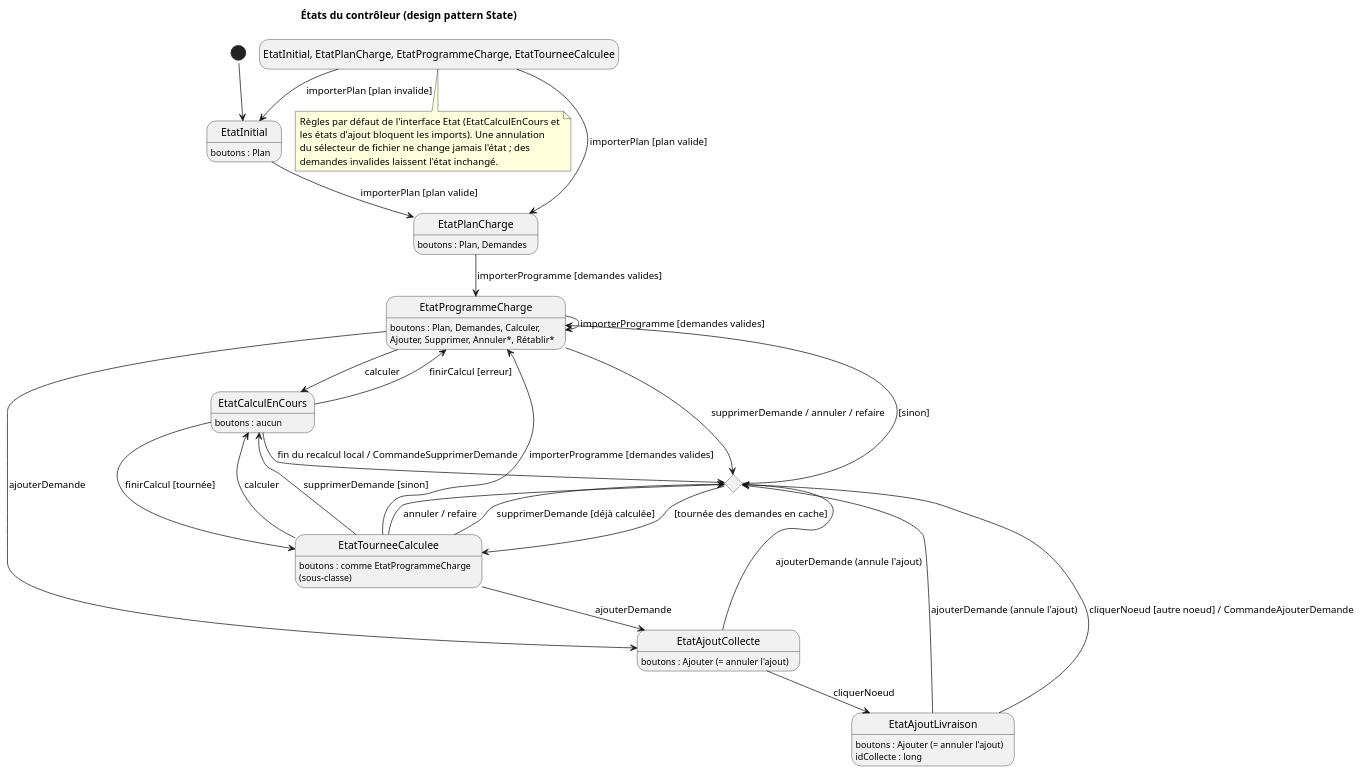
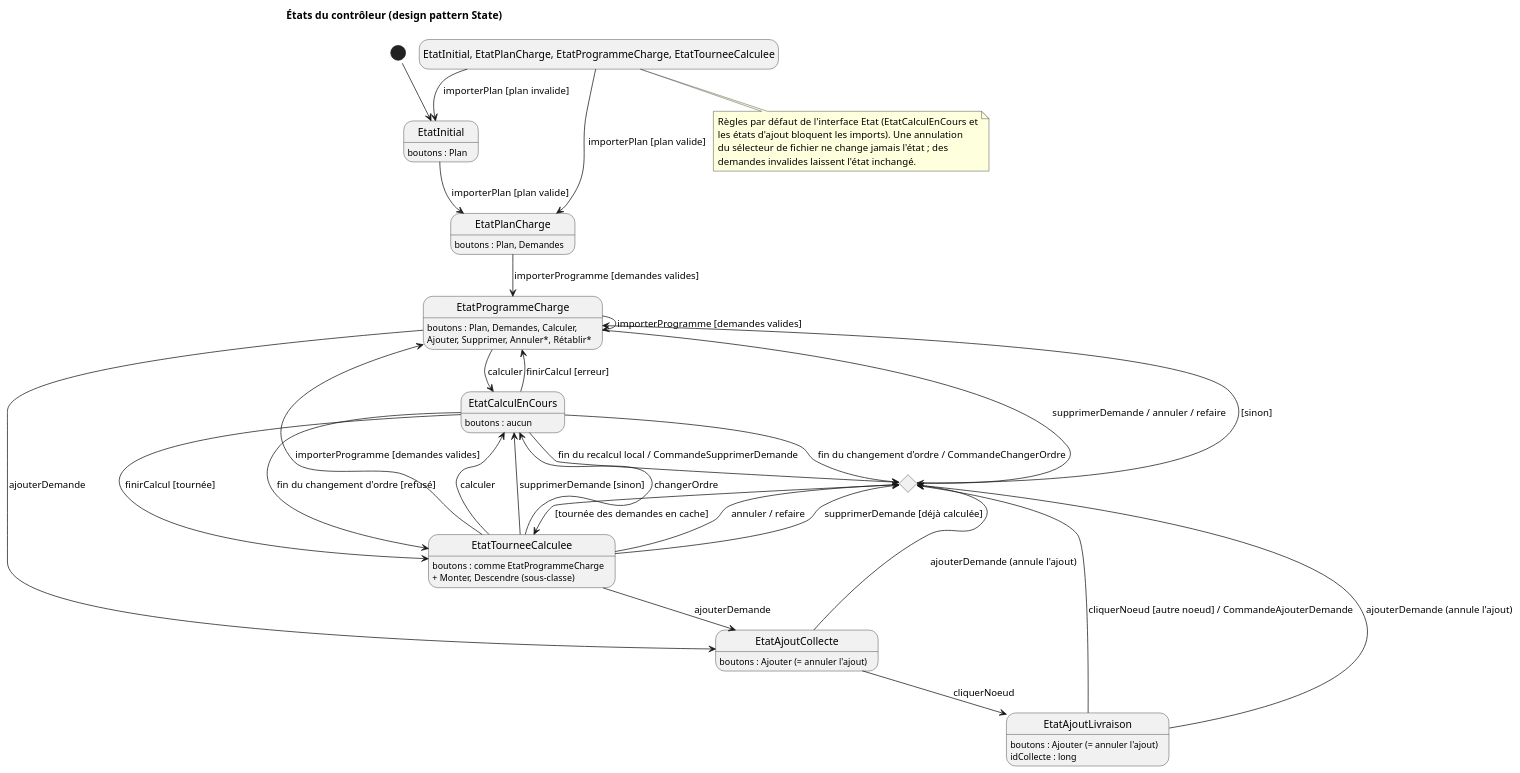
Before and after one commit to tristanhp/Optimod-Lyon: the diagram in docs/diagrams/etats-controleur.puml, drawn with PlantUML. The commit also changed 13 other files, not shown here.

```diff
--- a/docs/diagrams/etats-controleur.puml
+++ b/docs/diagrams/etats-controleur.puml
@@ -1,52 +1,55 @@
 @startuml etats-controleur
 !pragma layout smetana
 title États du contrôleur (design pattern State)
 hide empty description
 [*] --> EtatInitial
 EtatInitial : boutons : Plan
 EtatPlanCharge : boutons : Plan, Demandes
 EtatProgrammeCharge : boutons : Plan, Demandes, Calculer,
 EtatProgrammeCharge : Ajouter, Supprimer, Annuler*, Rétablir*
 EtatCalculEnCours : boutons : aucun
 EtatTourneeCalculee : boutons : comme EtatProgrammeCharge
-EtatTourneeCalculee : (sous-classe)
+EtatTourneeCalculee : + Monter, Descendre (sous-classe)
 EtatAjoutCollecte : boutons : Ajouter (= annuler l'ajout)
 EtatAjoutLivraison : boutons : Ajouter (= annuler l'ajout)
 EtatAjoutLivraison : idCollecte : long
 
 EtatInitial --> EtatPlanCharge : importerPlan [plan valide]
 EtatPlanCharge --> EtatProgrammeCharge : importerProgramme [demandes valides]
 EtatProgrammeCharge --> EtatCalculEnCours : calculer
 EtatCalculEnCours --> EtatTourneeCalculee : finirCalcul [tournée]
 EtatCalculEnCours --> EtatProgrammeCharge : finirCalcul [erreur]
 EtatTourneeCalculee --> EtatCalculEnCours : calculer
 EtatProgrammeCharge --> EtatProgrammeCharge : importerProgramme [demandes valides]
 EtatTourneeCalculee --> EtatProgrammeCharge : importerProgramme [demandes valides]
 
 state "Choix de l'état selon le cache" as cache <<choice>>
 EtatProgrammeCharge --> cache : supprimerDemande / annuler / refaire
 EtatTourneeCalculee --> cache : annuler / refaire
 EtatTourneeCalculee --> cache : supprimerDemande [déjà calculée]
 EtatTourneeCalculee --> EtatCalculEnCours : supprimerDemande [sinon]
 EtatCalculEnCours --> cache : fin du recalcul local / CommandeSupprimerDemande
+EtatTourneeCalculee --> EtatCalculEnCours : changerOrdre
+EtatCalculEnCours --> cache : fin du changement d'ordre / CommandeChangerOrdre
+EtatCalculEnCours --> EtatTourneeCalculee : fin du changement d'ordre [refusé]
 cache --> EtatTourneeCalculee : [tournée des demandes en cache]
 cache --> EtatProgrammeCharge : [sinon]
 
 EtatProgrammeCharge --> EtatAjoutCollecte : ajouterDemande
 EtatTourneeCalculee --> EtatAjoutCollecte : ajouterDemande
 EtatAjoutCollecte --> EtatAjoutLivraison : cliquerNoeud
 EtatAjoutLivraison --> cache : cliquerNoeud [autre noeud] / CommandeAjouterDemande
 EtatAjoutCollecte --> cache : ajouterDemande (annule l'ajout)
 EtatAjoutLivraison --> cache : ajouterDemande (annule l'ajout)
 
 state "EtatInitial, EtatPlanCharge, EtatProgrammeCharge, EtatTourneeCalculee" as tous
 tous --> EtatPlanCharge : importerPlan [plan valide]
 tous --> EtatInitial : importerPlan [plan invalide]
 
 note bottom of tous
 Règles par défaut de l'interface Etat (EtatCalculEnCours et
 les états d'ajout bloquent les imports). Une annulation
 du sélecteur de fichier ne change jamais l'état ; des
 demandes invalides laissent l'état inchangé.
 end note
 @enduml
```
